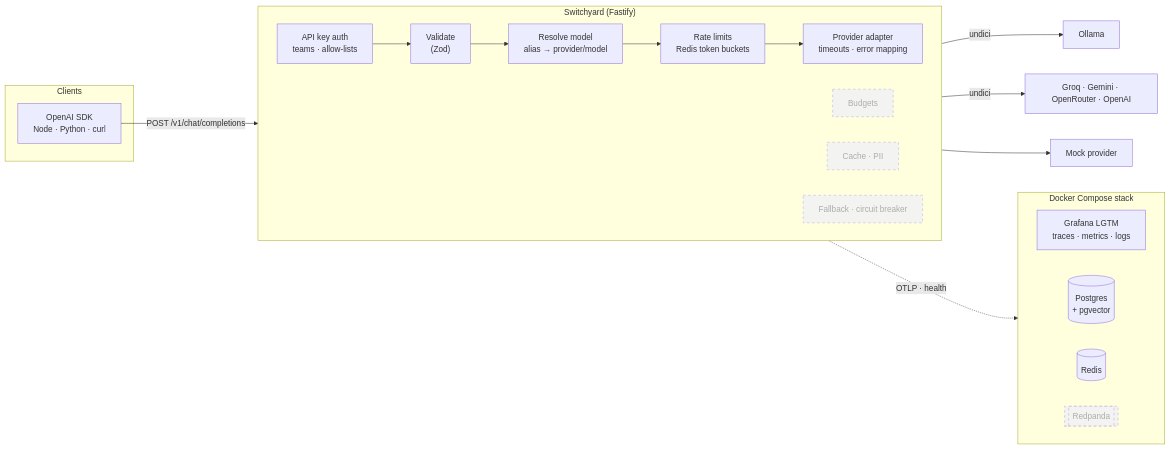
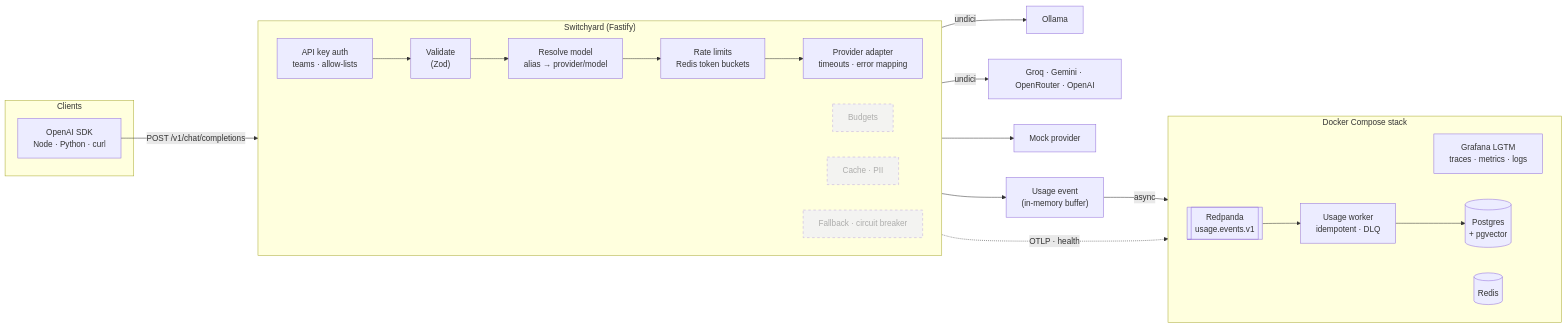
One commit to thisanches07/switchyard changed the first of 6 diagrams in README.md. Above: the diagram before and after it, drawn with Mermaid. The commit also changed other lines of this file and 4 other files, not shown here.

Commit message:
docs: usage events guide, threat model and spec 006 verification [spec-006]

````diff
--- a/README.md
+++ b/README.md
@@ -213,34 +213,37 @@
 ```mermaid
 flowchart LR
   subgraph Clients
     SDK["OpenAI SDK<br/>Node · Python · curl"]
   end
 
   subgraph GW["Switchyard (Fastify)"]
     direction LR
     AUTH["API key auth<br/>teams · allow-lists"] --> V["Validate<br/>(Zod)"]
     V --> RES["Resolve model<br/>alias → provider/model"]
     RES --> LIM --> AD["Provider adapter<br/>timeouts · error mapping"]
     LIM["Rate limits<br/>Redis token buckets"]
     BUD["Budgets"]:::planned
     CACHE["Cache · PII"]:::planned
     FB["Fallback · circuit breaker"]:::planned
   end
 
   SDK -->|"POST /v1/chat/completions"| AUTH
   AD -->|undici| OL["Ollama"]
   AD -->|undici| OAI["Groq · Gemini · OpenRouter · OpenAI"]
   AD --> MOCK["Mock provider"]
+  AD --> EV["Usage event<br/>(in-memory buffer)"]
 
   subgraph Infra["Docker Compose stack"]
     direction LR
     LGTM["Grafana LGTM<br/>traces · metrics · logs"]
     PG[("Postgres<br/>+ pgvector")]
     RD[("Redis")]
-    KF[["Redpanda"]]:::planned
+    KF[["Redpanda<br/>usage.events.v1"]]
+    WK["Usage worker<br/>idempotent · DLQ"]
   end
 
+  EV -->|async| KF --> WK --> PG
   GW -. "OTLP · health" .-> Infra
 
   classDef planned stroke-dasharray: 5 5,opacity:0.6
 ```
````
